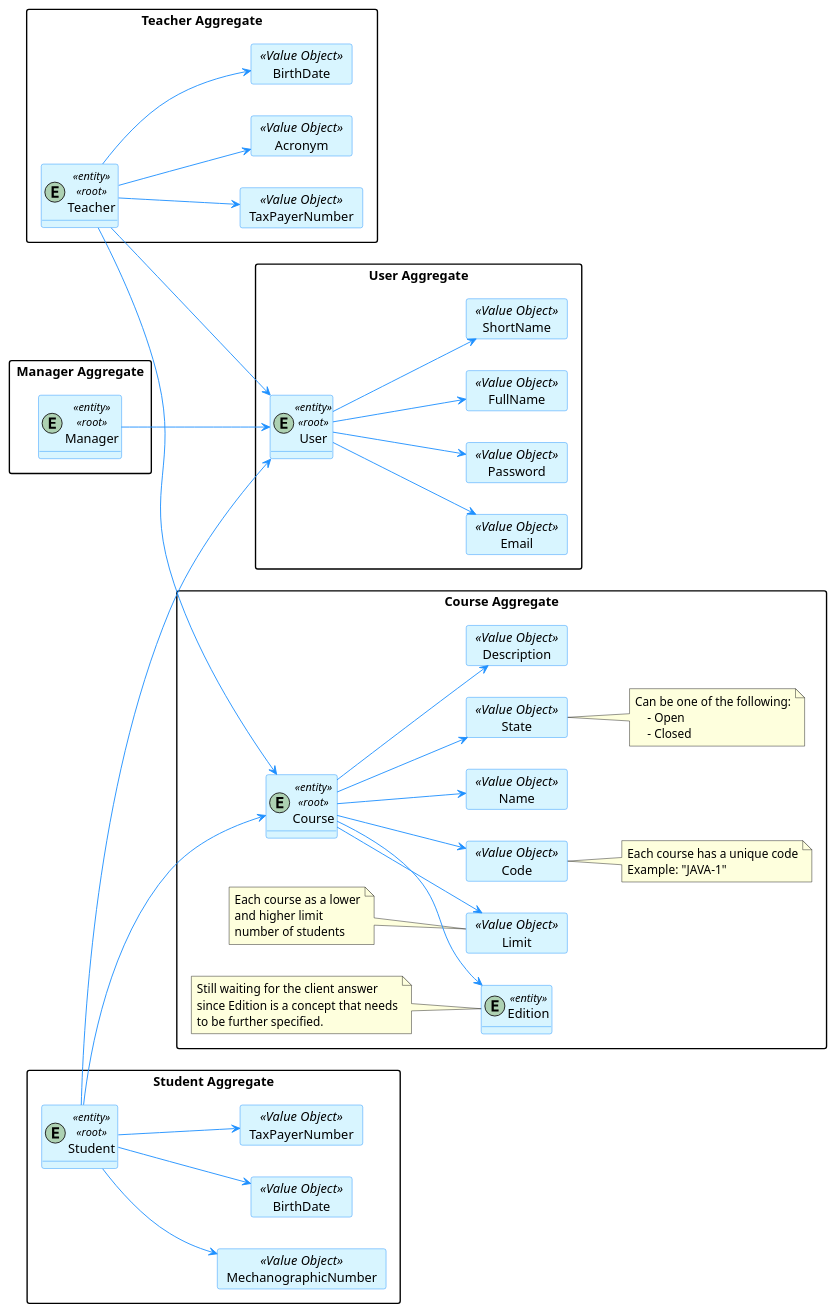
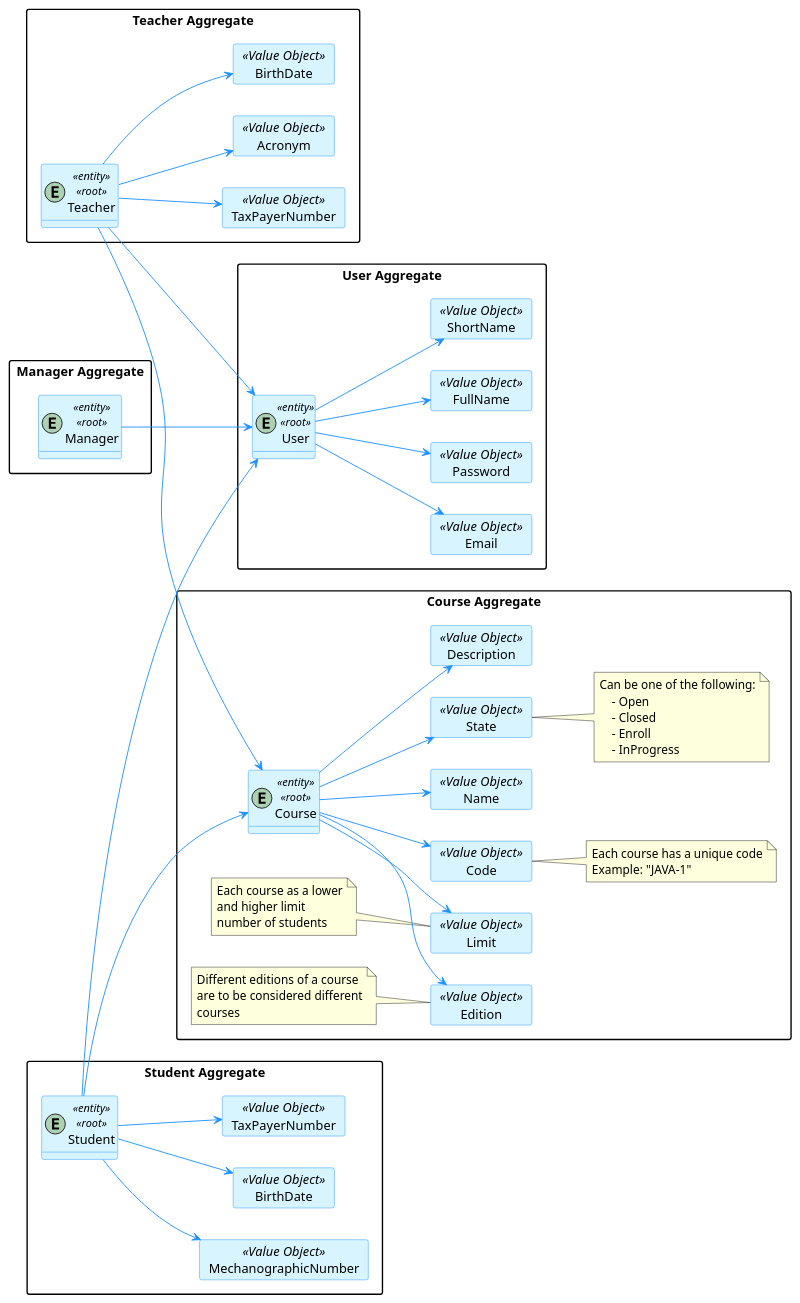
The diagram in docs/1211201/DomainModel.puml (brunacosta03/sem4pi_22_23), drawn with PlantUML before and after one commit.

Commit message:
docs: course edition was clarified, still have one doubt #2

```diff
--- a/docs/1211201/DomainModel.puml
+++ b/docs/1211201/DomainModel.puml
@@ -1,151 +1,147 @@
 @startuml "User and Course Aggregates"
 
 hide methods
 left to right direction
 
 skinparam classAttributeIconSize 0
 
 skinparam class {
     LifeLineBorderColor DodgerBlue
     LifeLineBackgroundColor APPLICATION
     BackgroundColor #D8F5FF
     ArrowColor DodgerBlue
     BorderColor DodgerBlue
 }
 
 skinparam packageStyle rectangle
 skinparam card {
     LifeLineBorderColor DodgerBlue
     LifeLineBackgroundColor APPLICATION
     BackgroundColor #D8F5FF
     ArrowColor DodgerBlue
     BorderColor DodgerBlue
 }
 
 
 package "User Aggregate"{
     entity User <<entity>><<root>>
 
 'User value objects
     card Email <<Value Object>>{
     }
     card Password <<Value Object>>{
     }
     card FullName <<Value Object>>{
     }
     card ShortName <<Value Object>>{
     }
 
     User --> Email
     User --> Password
     User --> FullName
     User --> ShortName
 
 }
 
 package "Course Aggregate"{
     entity Course <<entity>><<root>>
 
     'Course value objects
     card Code <<Value Object>> {
     }
     card Name <<Value Object>>{
     }
     card State <<Value Object>>{
     }
     card Description <<Value Object>>{
     }
     card Limit <<Value Object>>{
     }
+    card Edition <<Value Object>>{
+    }
 
 
     Course --> Name
     Course --> State
     Course --> Description
     Course --> Limit
     Course --> Code
 
     note right of State
         Can be one of the following:
             - Open
             - Closed
+            - Enroll
+            - InProgress
     end note
 
     note left of Limit
         Each course as a lower
         and higher limit
         number of students
     end note
 
     note right of Code
         Each course has a unique code
         Example: "JAVA-1"
     end note
 
-    entity Edition <<entity>>
+    note left of Edition
+        Different editions of a course
+        are to be considered different
+        courses
+    end note
 
 
-    note left
-        Still waiting for the client answer
-        since Edition is a concept that needs
-        to be further specified.
-    end note
-
-    'Different editions of a course are to be considered different courses
-    'combinations:
-    'same course code, same edition = same course (needs to be verified in the application, when creating a course)
-    'same course code, different edition = different course(valid)
-    'different course code, same edition = different course(valid)
-    'different course code, different edition = different course(valid)
 }
 
 package "Teacher Aggregate"{
 
     entity Teacher <<entity>><<root>>
 
     'Teacher value objects
     card Acronym <<Value Object>>{
     }
     card BirthDate <<Value Object>>{
     }
     card TaxPayerNumber <<Value Object>>{
     }
     Teacher --> BirthDate
     Teacher --> TaxPayerNumber
     Teacher --> Acronym
 
 }
 
 package "Manager Aggregate"{
 
     entity Manager <<entity>><<root>>
 
 }
 
 package "Student Aggregate"{
 
     entity Student <<entity>><<root>>
     'Student value objects
     card BirthDate <<Value Object>>{
     }
     card TaxPayerNumber <<Value Object>>{
     }
     card MechanographicNumber <<Value Object>>{
     }
     Student --> BirthDate
     Student --> TaxPayerNumber
     Student --> MechanographicNumber
 
 }
 
     'Every system actor is a user
     Teacher --> User
     Manager --> User
     Student --> User
 
     Teacher --> Course
     Student --> Course
 
     Course --> Edition
 
 @enduml
```
